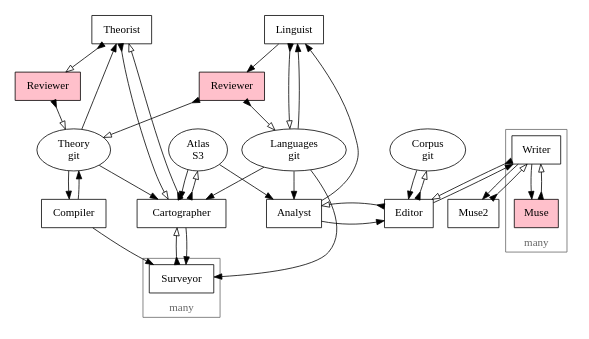
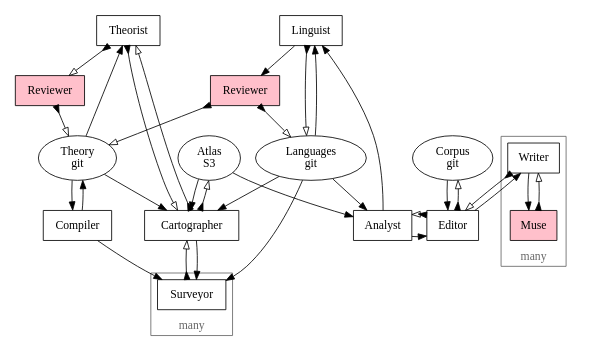
Before and after one commit to fritzo/pomagma: the diagram in doc/architecture.dot, drawn with Graphviz. The commit also changed 2 other files, not shown here.

Commit message:
Fix typo in architecture diagram

```diff
--- a/doc/architecture.dot
+++ b/doc/architecture.dot
@@ -1,115 +1,115 @@
 digraph G {
     overlap=false;
     size="5,5";
     node [shape=box];
 
 
     //subgraph cluster_legend {
     //    rank="max";
     //    Human [style=filled, fillcolor=pink];
     //    Data [shape=ellipse];
     //}
 
     {
         rank="min";
         Theorist;
         Linguist;
     }
     {
         //rank="max";
         node [style=filled, fillcolor=pink];
         TheoryReviewer [label="Reviewer"];
         LanguagesReviewer [label="Reviewer"];
     }
     {
         node [shape=ellipse];
         rank = "same";
         Languages [label="Languages\ngit"];
         Theory [label="Theory\ngit"];
         Atlas [label="Atlas\nS3"];
         Corpus [label="Corpus\ngit"];
     }
     Compiler;
     {
         rank = "same";
         Cartographer;
         Analyst;
         Editor;
     }
 
     subgraph cluster_survey {
         Surveyor;
 
         color = "#666666";
         fontcolor = "#666666";
         label = "many";
         labelloc = "b";
     }
 
     subgraph cluster_write {
         Writer;
         Muse1 [label="Muse" style=filled, fillcolor=pink];
 
         //subgraph cluster_muses {
         //    Muse2 [label="Muse"];
         //    color = "#666666";
         //    fontcolor = "#666666";
         //    label = "many";
         //    labelloc = "b";
         //}
 
         color = "#666666";
         fontcolor = "#666666";
         label = "many";
         labelloc = "b";
     }
 
 
     // Workflow: Compile
     edge [dir=forward arrowhead=normal]; // pull
     Theory -> Compiler;
     Compiler -> Surveyor;
     Compiler -> Theory;
 
     // Workflow: Explore
     edge [dir=forward arrowhead=normal]; // pull
     Theory -> Cartographer;
     Atlas -> Cartographer;
     Theory -> Theorist;
     Languages -> Cartographer;
     Languages -> Surveyor;
     Cartographer -> Surveyor;
     edge [dir=both arrowtail=inv arrowhead=empty]; // push
     Surveyor -> Cartographer;
     Cartographer -> Atlas;
     Cartographer -> Theorist;
     TheoryReviewer -> Theory;
     Theorist -> Cartographer;
     Theorist -> TheoryReviewer;
 
     // Workflow: Write
     edge [dir=forward arrowhead=normal]; // pull
     Atlas -> Analyst;
     Languages -> Analyst;
     Corpus -> Editor;
     Analyst -> Editor;
     Editor -> Writer;
     Writer -> Muse1;
-    Writer -> Muse2;
+    //Writer -> Muse2;
     edge [dir=both arrowtail=inv arrowhead=empty]; // push
     Editor -> Corpus;
     Editor -> Analyst;
     Writer -> Editor;
     Muse1 -> Writer;
-    Muse2 -> Writer;
+    //Muse2 -> Writer;
 
     // Workflow: Fit Language
     edge [dir=forward arrowhead=normal]; // pull
     Analyst -> Linguist;
     Languages -> Linguist;
     Linguist -> LanguagesReviewer;
     edge [dir=both arrowtail=inv arrowhead=empty]; // push
     Linguist -> Languages;
     LanguagesReviewer -> Languages;
     LanguagesReviewer -> Theory;
 }
```
